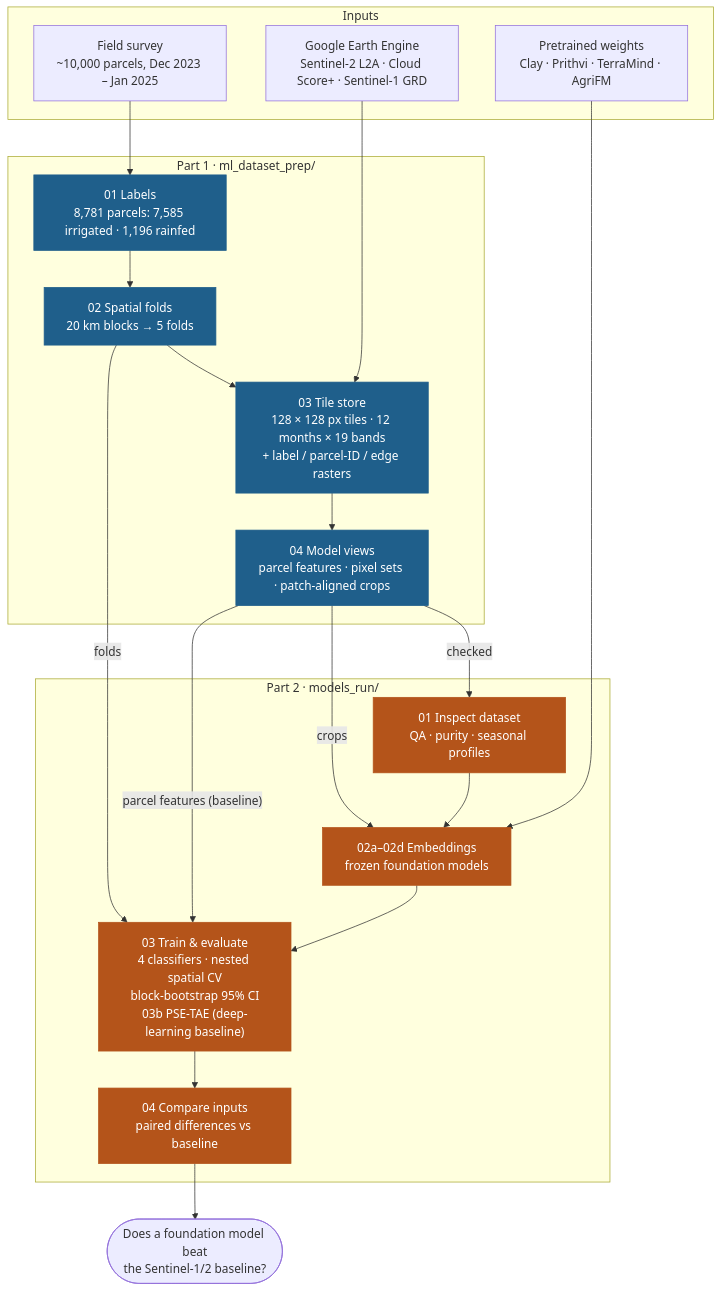
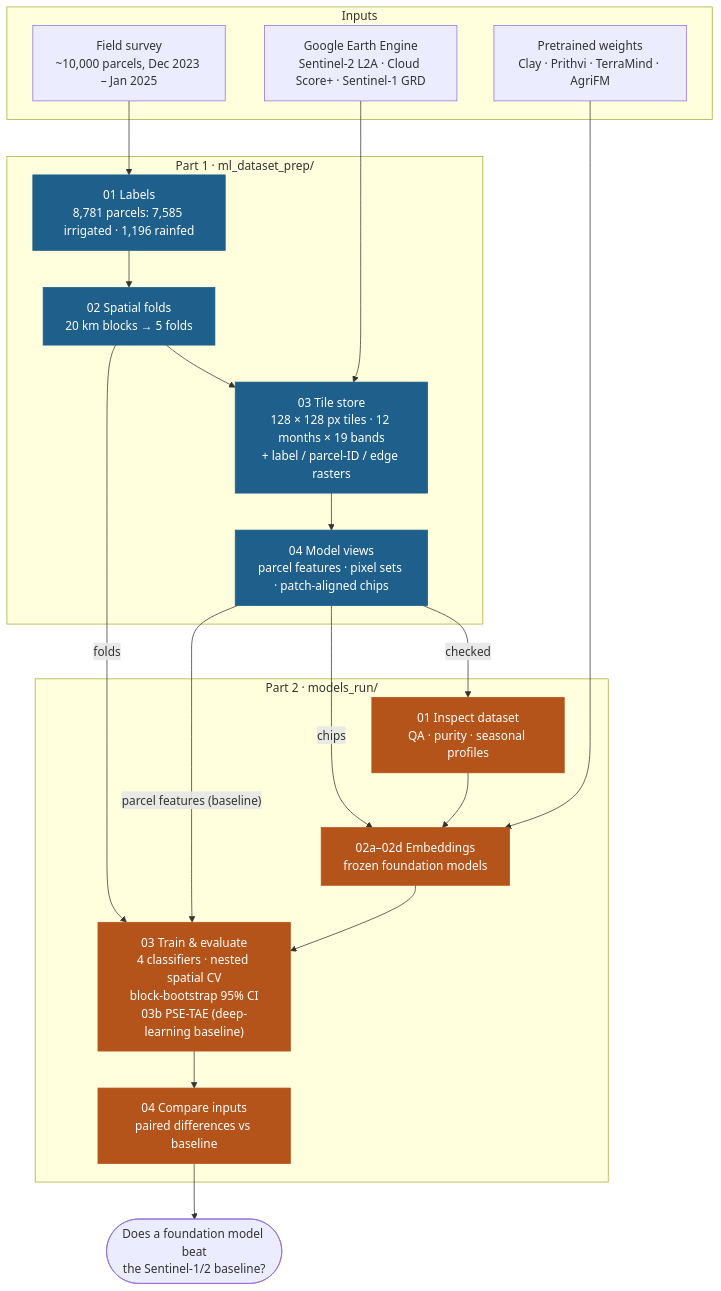
One commit to amanchry/irrimapping-geofm changed the diagram in README.md. Above: the diagram before and after it, drawn with Mermaid. The commit also changed other lines of this file and 14 other files, not shown here.

````diff
--- a/README.md
+++ b/README.md
@@ -17,38 +17,38 @@
 ```mermaid
 flowchart TD
     subgraph INPUTS["Inputs"]
         FS["Field survey<br/>~10,000 parcels, Dec 2023 – Jan 2025"]
         EE["Google Earth Engine<br/>Sentinel-2 L2A · Cloud Score+ · Sentinel-1 GRD"]
         W["Pretrained weights<br/>Clay · Prithvi · TerraMind · AgriFM"]
     end
 
     subgraph P1["Part 1 · ml_dataset_prep/"]
         L["01 Labels<br/>8,781 parcels: 7,585 irrigated · 1,196 rainfed"]
         F["02 Spatial folds<br/>20 km blocks → 5 folds"]
         T["03 Tile store<br/>128 × 128 px tiles · 12 months × 19 bands<br/>+ label / parcel-ID / edge rasters"]
-        V["04 Model views<br/>parcel features · pixel sets · patch-aligned crops"]
+        V["04 Model views<br/>parcel features · pixel sets · patch-aligned chips"]
         L --> F --> T --> V
     end
 
     subgraph P2["Part 2 · models_run/"]
         I["01 Inspect dataset<br/>QA · purity · seasonal profiles"]
         E["02a–02d Embeddings<br/>frozen foundation models"]
         C["03 Train & evaluate<br/>4 classifiers · nested spatial CV<br/>block-bootstrap 95% CI<br/>03b PSE-TAE (deep-learning baseline)"]
         K["04 Compare inputs<br/>paired differences vs baseline"]
         I --> E --> C --> K
     end
 
     FS --> L
     EE --> T
     V -->|"checked"| I
-    V -->|"crops"| E
+    V -->|"chips"| E
     V -->|"parcel features (baseline)"| C
     F -->|"folds"| C
     W --> E
     K --> R(["Does a foundation model beat<br/>the Sentinel-1/2 baseline?"])
 
     classDef part1 fill:#1F5F8B,color:#fff,stroke:#1F5F8B
     classDef part2 fill:#B4541A,color:#fff,stroke:#B4541A
     class L,F,T,V part1
     class I,E,C,K part2
 ```
````
